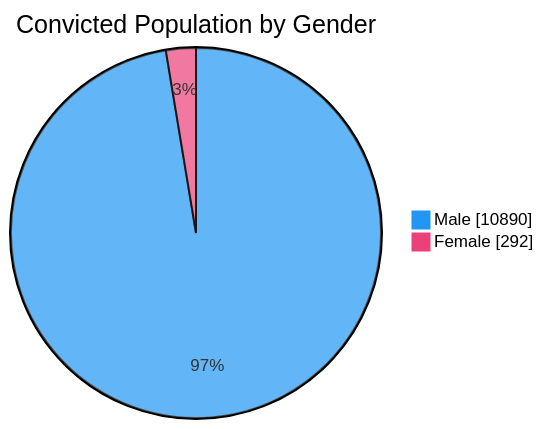
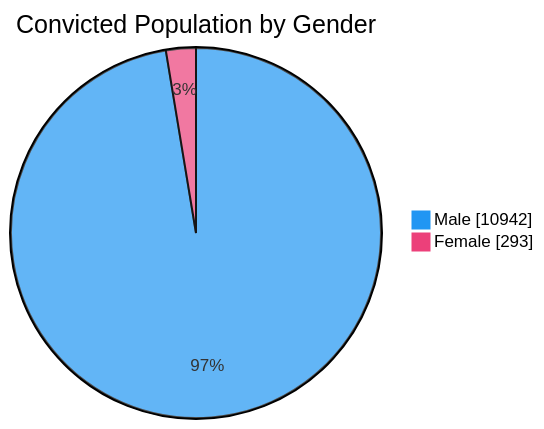
One commit to nuuuwan/lk_prisons changed the third of 7 diagrams in README.md. Above: the diagram before and after it, drawn with Mermaid. The commit also changed other lines of this file and 1 other file, not shown here.

````diff
--- a/README.md
+++ b/README.md
@@ -65,6 +65,6 @@
 ```mermaid
 %%{init: {'themeVariables': {'pie1': '#2196F3', 'pie2': '#EC407A'}}}%%
 pie showData title Convicted Population by Gender
-    "Male" : 10890
-    "Female" : 292
+    "Male" : 10942
+    "Female" : 293
 ```
````
